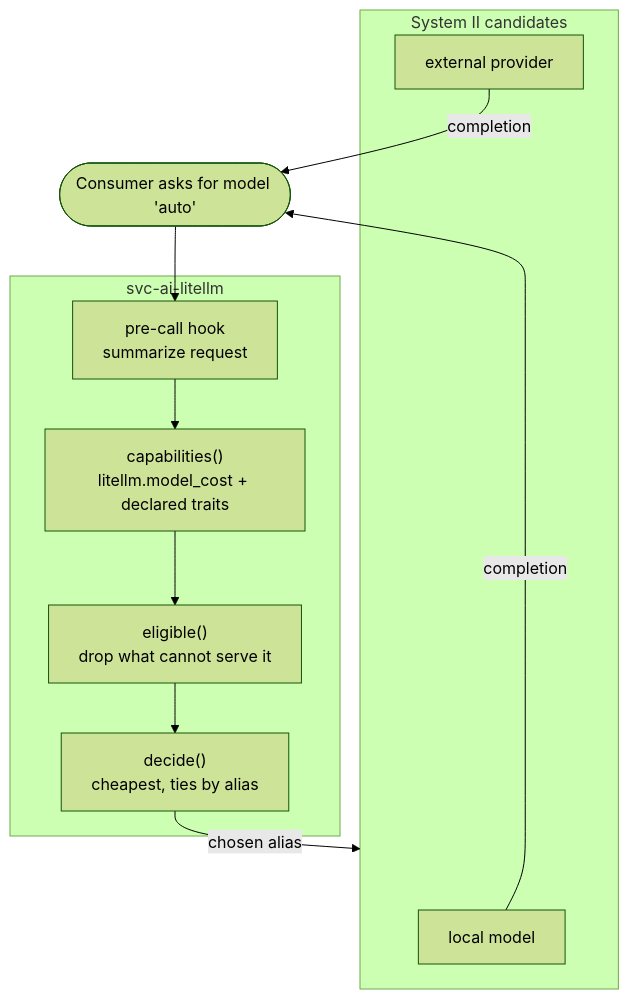
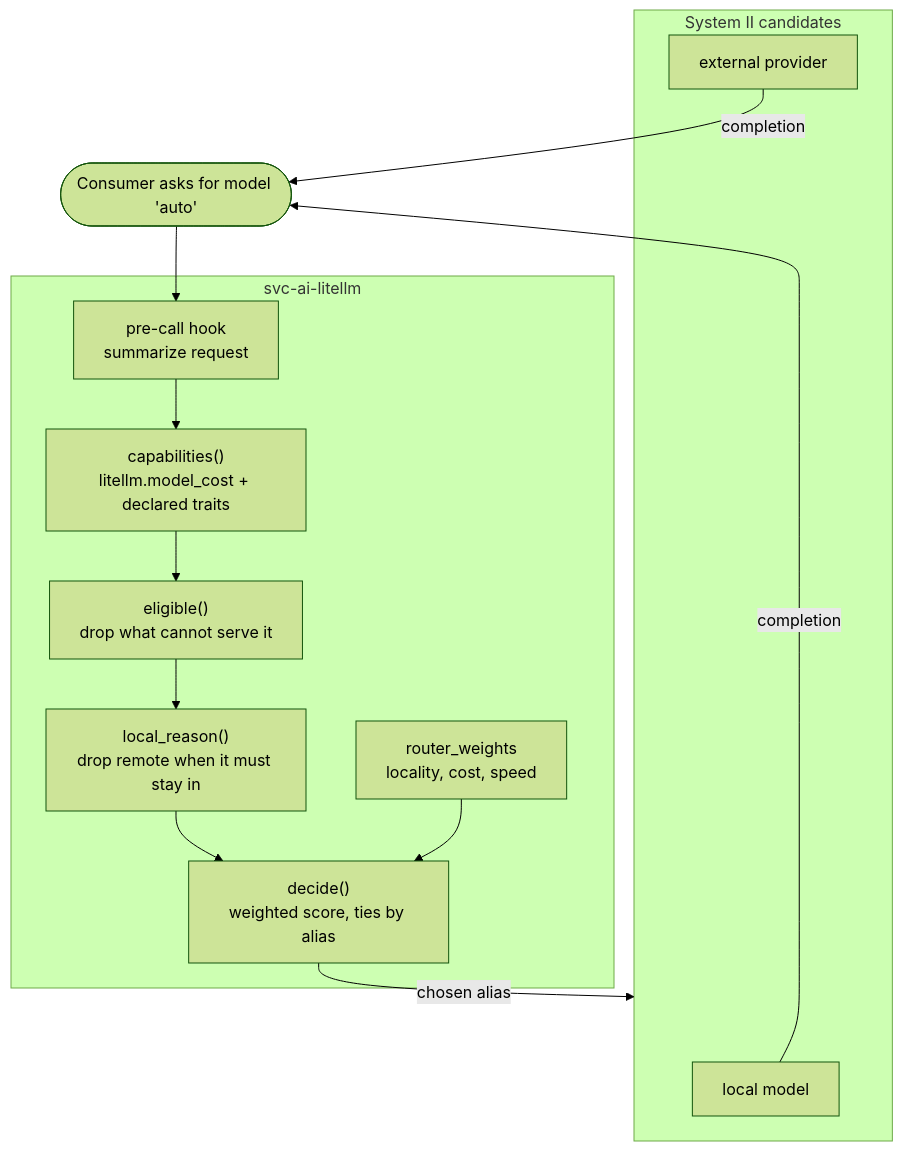
The diagram in docs/requirements/038-system-one-model-router.md (infinito-nexus/core), drawn with Mermaid (forest theme) before and after one commit. The commit also changed other lines of this file and 4 other files, not shown here.

````diff
--- a/docs/requirements/038-system-one-model-router.md
+++ b/docs/requirements/038-system-one-model-router.md
@@ -62,20 +72,23 @@
 ```mermaid
 flowchart TB
     consumer([Consumer asks for model 'auto'])
 
     subgraph gw["svc-ai-litellm"]
         hook["pre-call hook<br/>summarize request"]
         caps["capabilities()<br/>litellm.model_cost + declared traits"]
         elig["eligible()<br/>drop what cannot serve it"]
-        dec["decide()<br/>cheapest, ties by alias"]
+        keep["local_reason()<br/>drop remote when it must stay in"]
+        dec["decide()<br/>weighted score, ties by alias"]
+        weights["router_weights<br/>locality, cost, speed"]
     end
 
     subgraph sys2["System II candidates"]
         small["local model"]
         remote["external provider"]
     end
 
-    consumer --> hook --> caps --> elig --> dec
+    consumer --> hook --> caps --> elig --> keep --> dec
+    weights --> dec
     dec -->|chosen alias| sys2
     small & remote -->|completion| consumer
 ```
````
